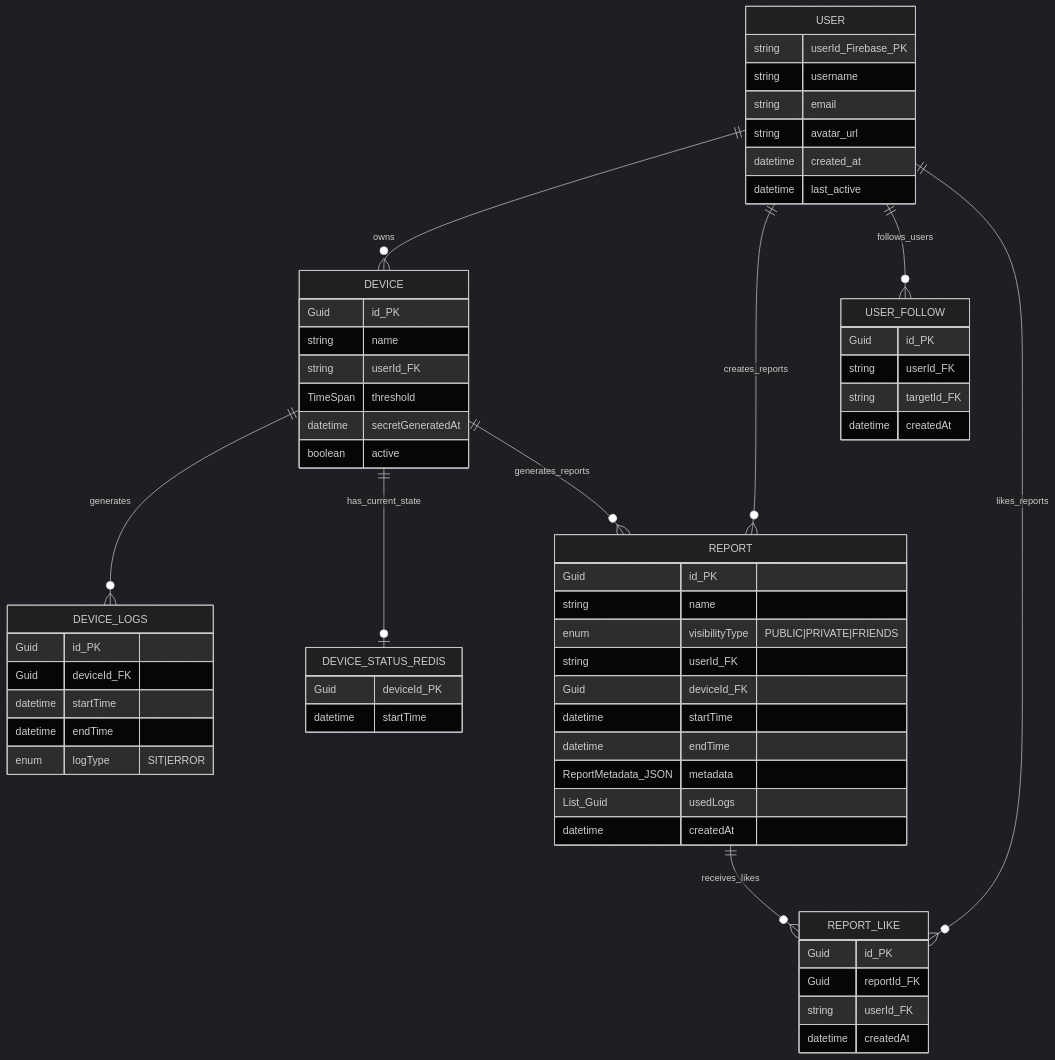
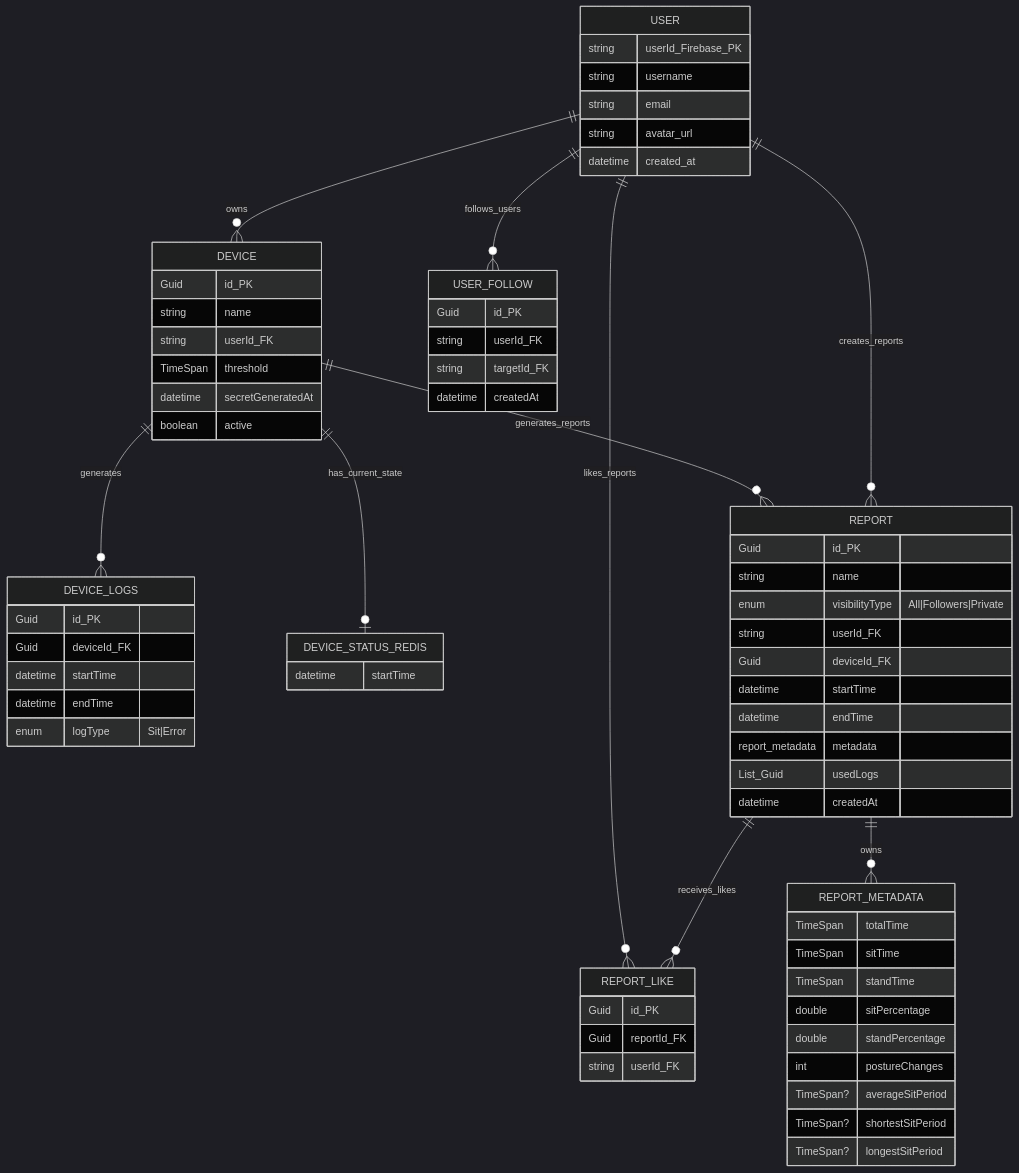
One commit to Back-Buddy/Backend changed the second of 3 diagrams in README.md. Above: the diagram before and after it, drawn with Mermaid (dark theme). The commit also changed other lines of this file, not shown here.

````diff
--- a/README.md
+++ b/README.md
@@ -248,70 +248,80 @@
 ```mermaid
 erDiagram
     USER {
         string userId_Firebase_PK
         string username
         string email
         string avatar_url
         datetime created_at
-        datetime last_active
     }
 
     DEVICE {
         Guid id_PK
         string name
         string userId_FK
         TimeSpan threshold
         datetime secretGeneratedAt
         boolean active
     }
 
     DEVICE_LOGS {
         Guid id_PK
         Guid deviceId_FK
         datetime startTime
         datetime endTime
-        enum logType "SIT|ERROR"
+        enum logType "Sit|Error"
     }
 
     DEVICE_STATUS_REDIS {
-        Guid deviceId_PK
         datetime startTime
     }
 
     REPORT {
         Guid id_PK
         string name
-        enum visibilityType "PUBLIC|PRIVATE|FRIENDS"
+        enum visibilityType "All|Followers|Private"
         string userId_FK
         Guid deviceId_FK
         datetime startTime
         datetime endTime
-        ReportMetadata_JSON metadata
+        report_metadata metadata
         List_Guid usedLogs
         datetime createdAt
+    }
+
+    REPORT_METADATA {
+        TimeSpan totalTime
+        TimeSpan sitTime
+        TimeSpan standTime
+        double sitPercentage
+        double standPercentage
+        int postureChanges
+        TimeSpan? averageSitPeriod
+        TimeSpan? shortestSitPeriod
+        TimeSpan? longestSitPeriod
     }
 
     REPORT_LIKE {
         Guid id_PK
         Guid reportId_FK
         string userId_FK
-        datetime createdAt
     }
 
     USER_FOLLOW {
         Guid id_PK
         string userId_FK
         string targetId_FK
         datetime createdAt
     }
 
     %% Relationships
     USER ||--o{ DEVICE : "owns"
     DEVICE ||--o{ DEVICE_LOGS : "generates"
     DEVICE ||--o| DEVICE_STATUS_REDIS : "has_current_state"
     DEVICE ||--o{ REPORT : "generates_reports"
     USER ||--o{ REPORT : "creates_reports"
     USER ||--o{ USER_FOLLOW : "follows_users"
     USER ||--o{ REPORT_LIKE : "likes_reports"
     REPORT ||--o{ REPORT_LIKE : "receives_likes"
+    REPORT ||--o{ REPORT_METADATA: "owns"
 ```
````
